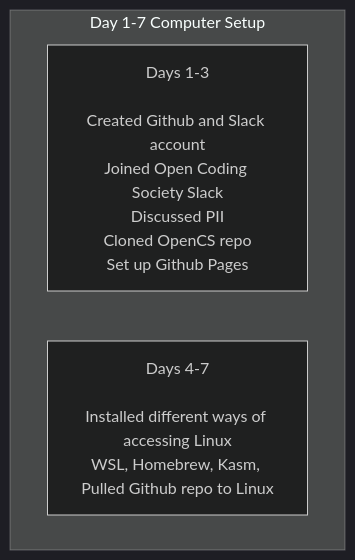
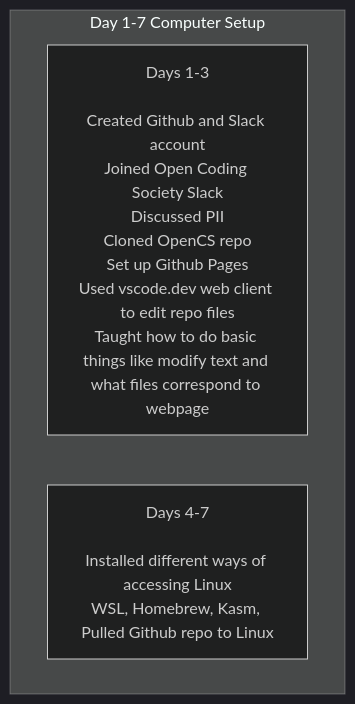
The second of 2 diagrams in _posts/Foundation/B-tools_and_equipment/2025-11-21-tools_quest.md (rsharma5128/student), drawn with Mermaid (dark theme) before and after one commit.

Commit message:
add text

````diff
--- a/_posts/Foundation/B-tools_and_equipment/2025-11-21-tools_quest.md
+++ b/_posts/Foundation/B-tools_and_equipment/2025-11-21-tools_quest.md
@@ -59,7 +59,7 @@
 ```mermaid
 flowchart TD
     subgraph Day_1[Day 1-7 Computer Setup]
-        A[Days 1-3<br/><br/>Created Github and Slack account<br/>Joined Open Coding Society Slack<br/>Discussed PII<br/>Cloned OpenCS repo<br/>Set up Github Pages]:::dayuno
+        A[Days 1-3<br/><br/>Created Github and Slack account<br/>Joined Open Coding Society Slack<br/>Discussed PII<br/>Cloned OpenCS repo<br/>Set up Github Pages<br/>Used vscode.dev web client to edit repo files<br/>Taught how to do basic things like modify text and what files correspond to webpage]:::dayuno
         B[Days 4-7<br/><br/>Installed different ways of accessing Linux<br/>WSL, Homebrew, Kasm, <br/>Pulled Github repo to Linux]:::daydos
 end 
 ```
````
